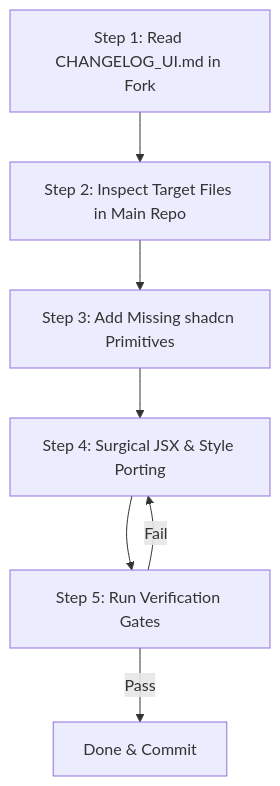
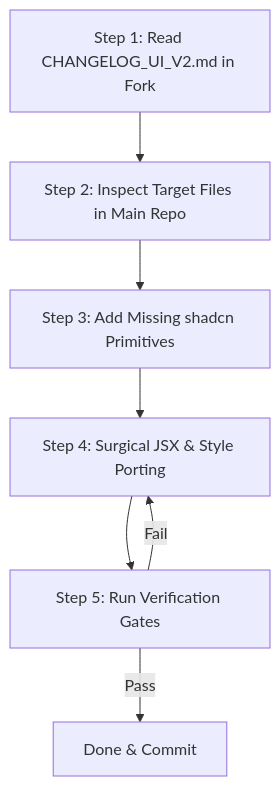
One commit to zkil27/bayanhealth-frontend changed the diagram in UI_HANDOFF.md. Above: the diagram before and after it, drawn with Mermaid. The commit also changed other lines of this file and 183 other files, not shown here.

````diff
--- a/UI_HANDOFF.md
+++ b/UI_HANDOFF.md
@@ -49,9 +49,9 @@
 ```mermaid
 flowchart TD
-    A[Step 1: Read CHANGELOG_UI.md in Fork] --> B[Step 2: Inspect Target Files in Main Repo]
+    A[Step 1: Read CHANGELOG_UI_V2.md in Fork] --> B[Step 2: Inspect Target Files in Main Repo]
     B --> C[Step 3: Add Missing shadcn Primitives]
     C --> D[Step 4: Surgical JSX & Style Porting]
     D --> E[Step 5: Run Verification Gates]
     E -->|Pass| F[Done & Commit]
     E -->|Fail| D
 ```
````
